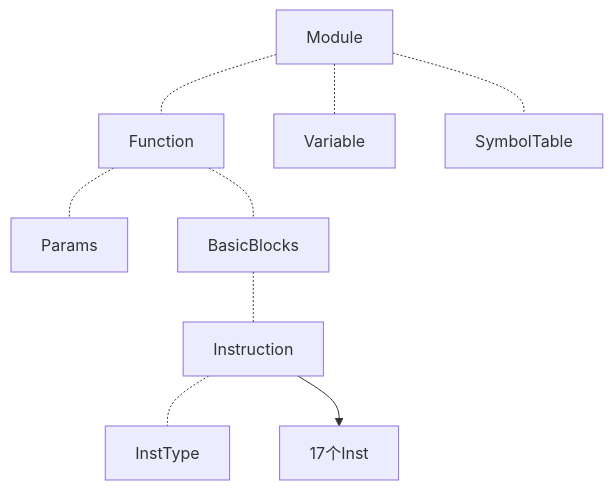
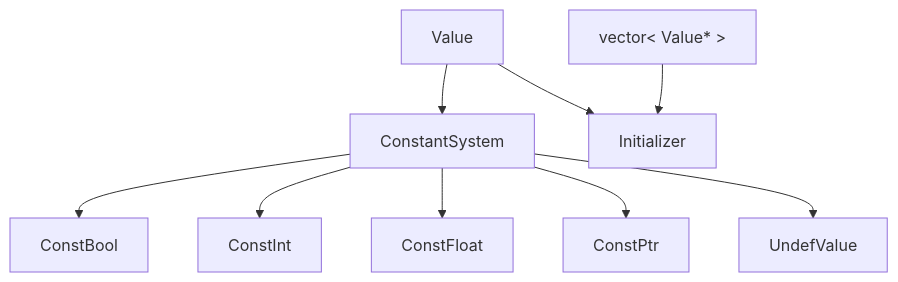
Diagram 12 of 34 in Compiler/doc/DOCS.md (lyjy051219/SysYCompiler), drawn with Mermaid before and after one commit. The commit also changed other lines of this file and 27 other files, not shown here.

````diff
--- a/Compiler/doc/DOCS.md
+++ b/Compiler/doc/DOCS.md
@@ -662,11 +675,11 @@
 ```mermaid
 graph TD
-	N1[Module] -.- N2[Function]
-	N1[Module] -.- N3[Variable]
-	N1[Module] -.- N4[SymbolTable]
-	N2[Function] -.- N5[Params]
-	N2[Function] -.- N6[BasicBlocks]
-	N6[BasicBlocks] -.- N7[Instruction]
-	N7[Instruction] -.- N8[InstType]
-	N7[Instruction] --> N9[17个Inst]
+	N1[Value] --> N2[ConstantSystem]
+	N2[ConstantSystem] --> N3[ConstBool]
+	N2[ConstantSystem] --> N4[ConstInt]
+	N2[ConstantSystem] --> N5[ConstFloat]
+	N2[ConstantSystem] --> N6[ConstPtr]
+	N2[ConstantSystem] --> N7[UndefValue]
+	N1[Value] --> N8[Initializer]
+	N9["vector< Value* >"] --> N8[Initializer]
 ```
````
